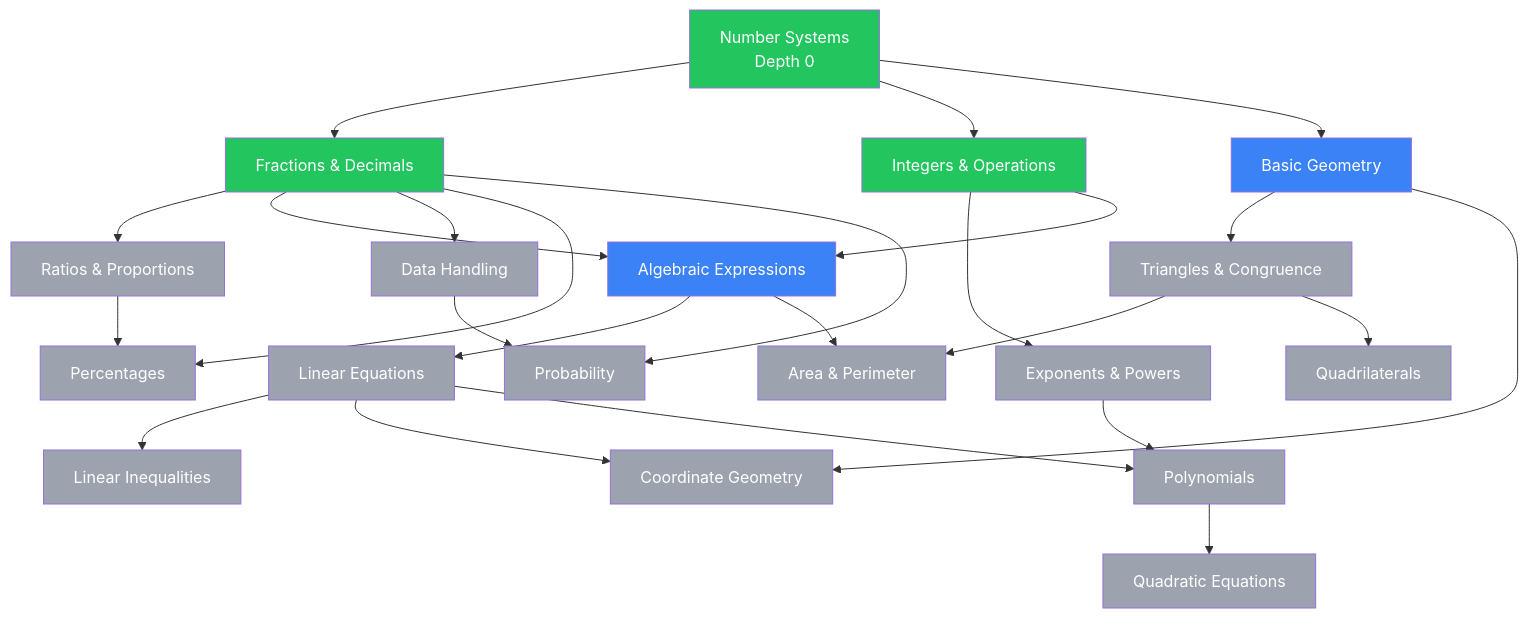
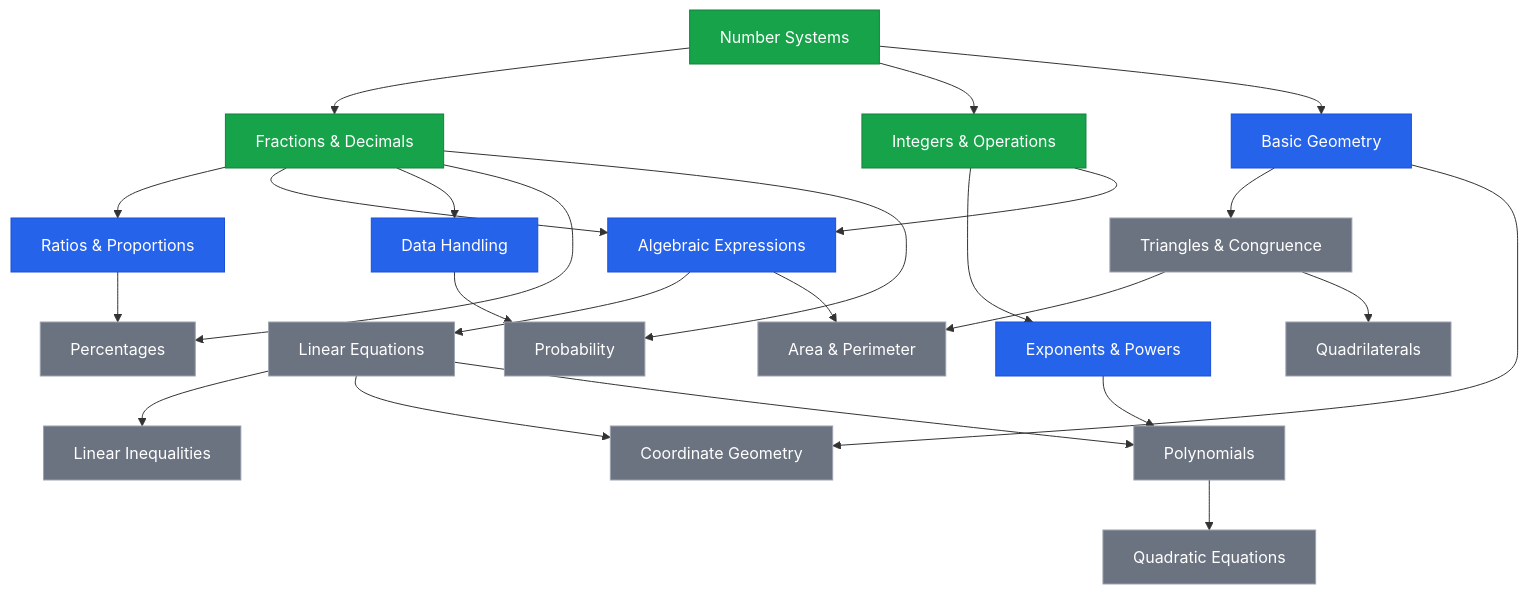
One commit to adarsh-67r/Anvesh changed the third of 3 diagrams in README.md. Above: the diagram before and after it, drawn with Mermaid. The commit also changed other lines of this file and 3 other files, not shown here.

Commit message:
Fix knowledge graph statuses and describe how the app uses prerequisites

````diff
--- a/README.md
+++ b/README.md
@@ -249,45 +249,33 @@
 ```mermaid
 flowchart TD
-    NUM["Number Systems<br/>Depth 0"] --> FRAC["Fractions & Decimals"]
+    NUM["Number Systems"] --> FRAC["Fractions & Decimals"]
     NUM --> INT["Integers & Operations"]
     NUM --> GEO["Basic Geometry"]
     INT --> EXP["Exponents & Powers"]
     FRAC --> RAT["Ratios & Proportions"]
     INT --> ALG["Algebraic Expressions"]
     FRAC --> ALG
     GEO --> TRI["Triangles & Congruence"]
     FRAC --> DATA["Data Handling"]
     ALG --> LEQ["Linear Equations"]
     RAT --> PCT["Percentages"]
     FRAC --> PCT
     TRI --> AREA["Area & Perimeter"]
     ALG --> AREA
     TRI --> QUAD["Quadrilaterals"]
     DATA --> PROB["Probability"]
     FRAC --> PROB
     LEQ --> LINEQ["Linear Inequalities"]
     LEQ --> COORD["Coordinate Geometry"]
     GEO --> COORD
     LEQ --> POLY["Polynomials"]
     EXP --> POLY
     POLY --> QEQN["Quadratic Equations"]
 
-    style NUM fill:#22c55e,color:#fff
-    style FRAC fill:#22c55e,color:#fff
-    style INT fill:#22c55e,color:#fff
-    style GEO fill:#3b82f6,color:#fff
-    style ALG fill:#3b82f6,color:#fff
-    style EXP fill:#9ca3af,color:#fff
-    style RAT fill:#9ca3af,color:#fff
-    style TRI fill:#9ca3af,color:#fff
-    style DATA fill:#9ca3af,color:#fff
-    style LEQ fill:#9ca3af,color:#fff
-    style PCT fill:#9ca3af,color:#fff
-    style AREA fill:#9ca3af,color:#fff
-    style QUAD fill:#9ca3af,color:#fff
-    style PROB fill:#9ca3af,color:#fff
-    style LINEQ fill:#9ca3af,color:#fff
-    style COORD fill:#9ca3af,color:#fff
-    style POLY fill:#9ca3af,color:#fff
-    style QEQN fill:#9ca3af,color:#fff
+    classDef mastered fill:#16a34a,stroke:#15803d,color:#fff
+    classDef available fill:#2563eb,stroke:#1d4ed8,color:#fff
+    classDef locked fill:#6b7280,stroke:#9ca3af,color:#fff
+    class NUM,FRAC,INT mastered
+    class GEO,EXP,RAT,ALG,DATA available
+    class TRI,LEQ,PCT,AREA,QUAD,PROB,LINEQ,COORD,POLY,QEQN locked
 ```
````
